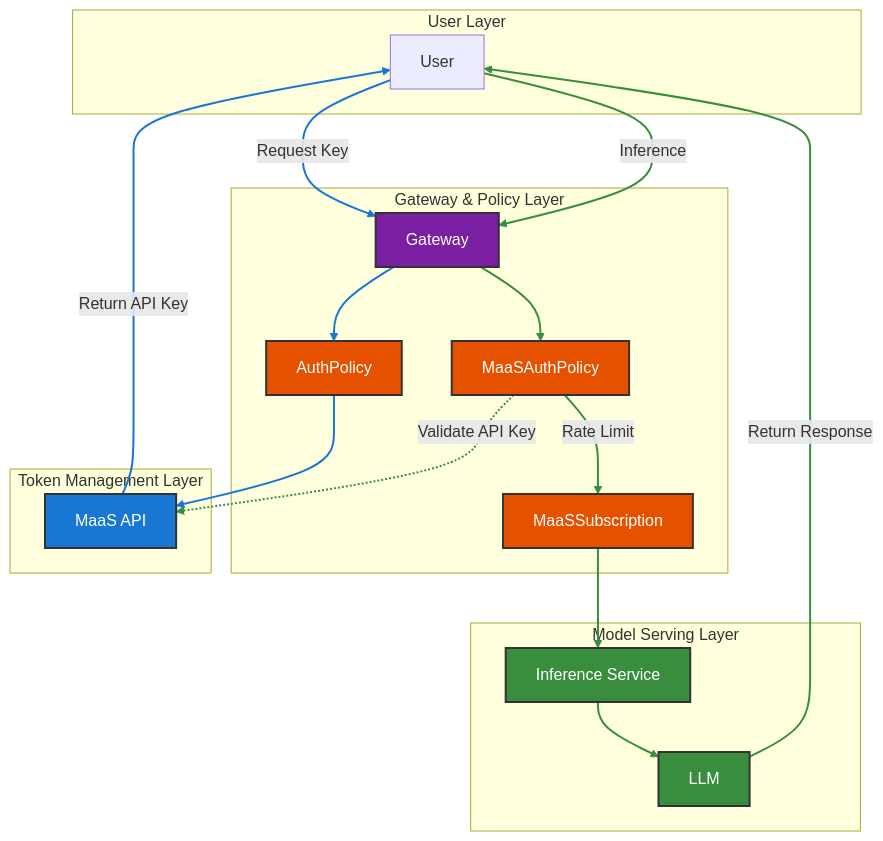
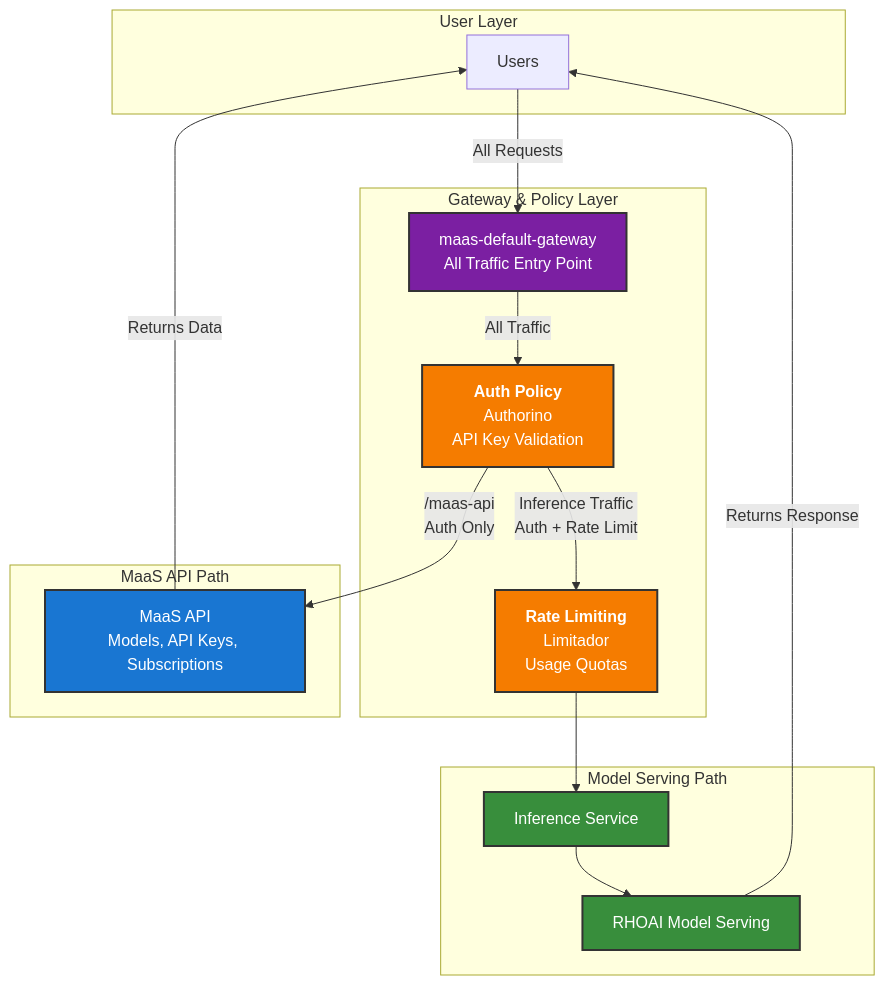
The first of 6 diagrams in docs/content/architecture.md (opendatahub-io/models-as-a-service), drawn with Mermaid before and after one commit. The commit also changed other lines of this file and 26 other files, not shown here.

````diff
--- a/docs/content/architecture.md
+++ b/docs/content/architecture.md
@@ -20,46 +18,39 @@
 ```mermaid
 graph TB
-    subgraph UserLayer["User Layer"]
-        User[User]
+    subgraph "User Layer"
+        User[Users]
     end
     
-    subgraph GatewayPolicyLayer["Gateway & Policy Layer"]
-        Gateway[Gateway]
-        AuthPolicy[AuthPolicy]
-        MaaSAuthPolicy[MaaSAuthPolicy]
-        MaaSSubscription[MaaSSubscription]
+    subgraph "Gateway & Policy Layer"
+        GatewayAPI["maas-default-gateway<br/>All Traffic Entry Point"]
+        AuthPolicy["<b>Auth Policy</b><br/>Authorino<br/>API Key Validation"]
+        RateLimit["<b>Rate Limiting</b><br/>Limitador<br/>Usage Quotas"]
     end
     
-    subgraph TokenManagementLayer["Token Management Layer"]
-        MaaSAPI[MaaS API]
+    subgraph "MaaS API Path"
+        MaaSAPI["MaaS API<br/>Models, API Keys, Subscriptions"]
     end
     
-    subgraph ModelServingLayer["Model Serving Layer"]
-        InferenceService[Inference Service]
-        LLM[LLM]
+    subgraph "Model Serving Path"
+        PathInference["Inference Service"]
+        ModelServing["RHOAI Model Serving"]
     end
     
-    User -->|"Request Key"| Gateway
-    Gateway --> AuthPolicy
-    AuthPolicy --> MaaSAPI
-    MaaSAPI -->|"Return API Key"| User
+    User -->|"All Requests"| GatewayAPI
+    GatewayAPI -->|"All Traffic"| AuthPolicy
     
-    User -->|"Inference"| Gateway
-    Gateway --> MaaSAuthPolicy
-    MaaSAuthPolicy -.->|"Validate API Key"| MaaSAPI
-    MaaSAuthPolicy -->|"Rate Limit"| MaaSSubscription
-    MaaSSubscription --> InferenceService
-    InferenceService --> LLM
-    LLM -->|"Return Response"| User
+    AuthPolicy -->|"/maas-api<br/>Auth Only"| MaaSAPI
+    MaaSAPI -->|"Returns Data"| User
     
-    linkStyle 0,1,2,3 stroke:#1976d2,stroke-width:2px
-    linkStyle 4,5,6,7,8,9,10 stroke:#388e3c,stroke-width:2px
+    AuthPolicy -->|"Inference Traffic<br/>Auth + Rate Limit"| RateLimit
+    RateLimit --> PathInference
+    PathInference --> ModelServing
+    ModelServing -->|"Returns Response"| User
     
     style MaaSAPI fill:#1976d2,stroke:#333,stroke-width:2px,color:#fff
-    style Gateway fill:#7b1fa2,stroke:#333,stroke-width:2px,color:#fff
-    style AuthPolicy fill:#e65100,stroke:#333,stroke-width:2px,color:#fff
-    style MaaSAuthPolicy fill:#e65100,stroke:#333,stroke-width:2px,color:#fff
-    style MaaSSubscription fill:#e65100,stroke:#333,stroke-width:2px,color:#fff
-    style InferenceService fill:#388e3c,stroke:#333,stroke-width:2px,color:#fff
-    style LLM fill:#388e3c,stroke:#333,stroke-width:2px,color:#fff
+    style GatewayAPI fill:#7b1fa2,stroke:#333,stroke-width:2px,color:#fff
+    style AuthPolicy fill:#f57c00,stroke:#333,stroke-width:2px,color:#fff
+    style RateLimit fill:#f57c00,stroke:#333,stroke-width:2px,color:#fff
+    style PathInference fill:#388e3c,stroke:#333,stroke-width:2px,color:#fff
+    style ModelServing fill:#388e3c,stroke:#333,stroke-width:2px,color:#fff
 ```
````
